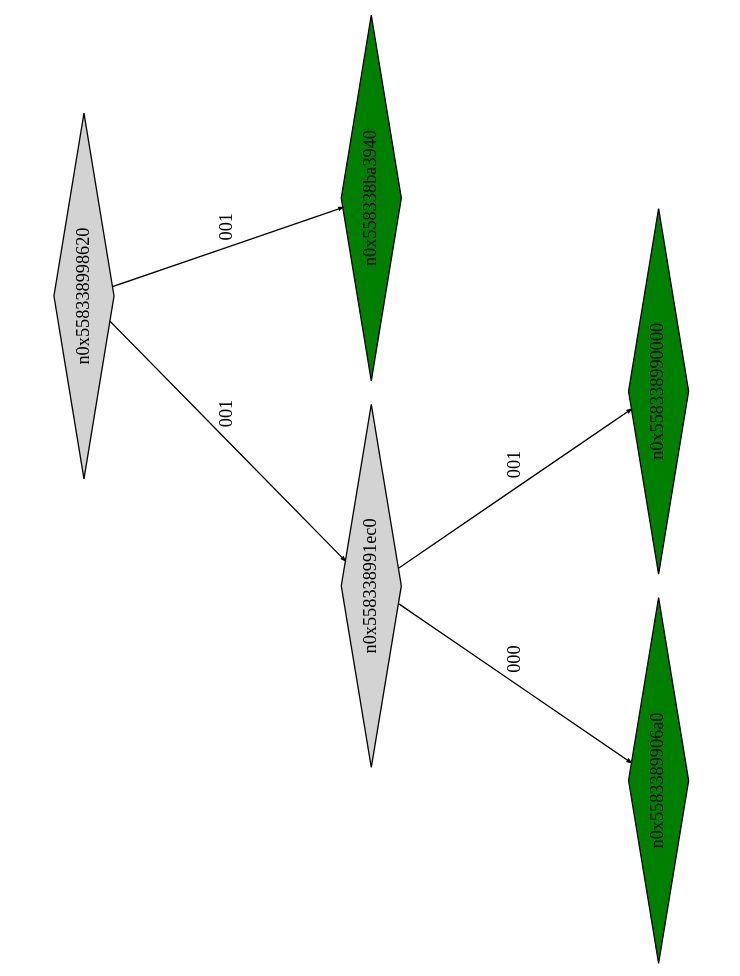
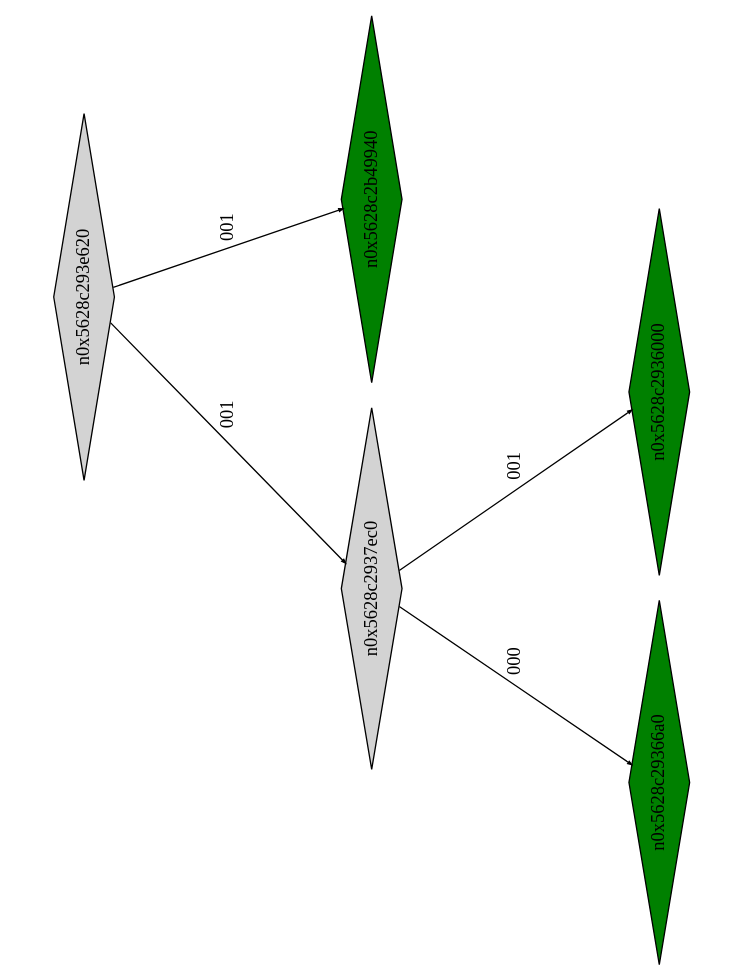
Before and after one commit to Research-Tools-PAVT/PSE-Program-Examples: the diagram in example1_klee_out/ptree_00000268.dot, drawn with Graphviz. The commit also changed 38 other files, not shown here.

```diff
--- a/example1_klee_out/ptree_00000268.dot
+++ b/example1_klee_out/ptree_00000268.dot
@@ -1,17 +1,17 @@
 digraph G {
 	size="10,7.5";
 	ratio=fill;
 	rotate=90;
 	center = "true";
 	node [style="filled",width=.1,height=.1,fontname="Terminus"]
 	edge [arrowsize=.3]
-	n0x558338998620 [shape=diamond];
-	n0x558338998620 -> n0x558338991ec0 [label=001];
-	n0x558338998620 -> n0x558338ba3940 [label=001];
-	n0x558338ba3940 [shape=diamond,fillcolor=green];
-	n0x558338991ec0 [shape=diamond];
-	n0x558338991ec0 -> n0x5583389906a0 [label=000];
-	n0x558338991ec0 -> n0x558338990000 [label=001];
-	n0x558338990000 [shape=diamond,fillcolor=green];
-	n0x5583389906a0 [shape=diamond,fillcolor=green];
+	n0x5628c293e620 [shape=diamond];
+	n0x5628c293e620 -> n0x5628c2937ec0 [label=001];
+	n0x5628c293e620 -> n0x5628c2b49940 [label=001];
+	n0x5628c2b49940 [shape=diamond,fillcolor=green];
+	n0x5628c2937ec0 [shape=diamond];
+	n0x5628c2937ec0 -> n0x5628c29366a0 [label=000];
+	n0x5628c2937ec0 -> n0x5628c2936000 [label=001];
+	n0x5628c2936000 [shape=diamond,fillcolor=green];
+	n0x5628c29366a0 [shape=diamond,fillcolor=green];
 }
```
